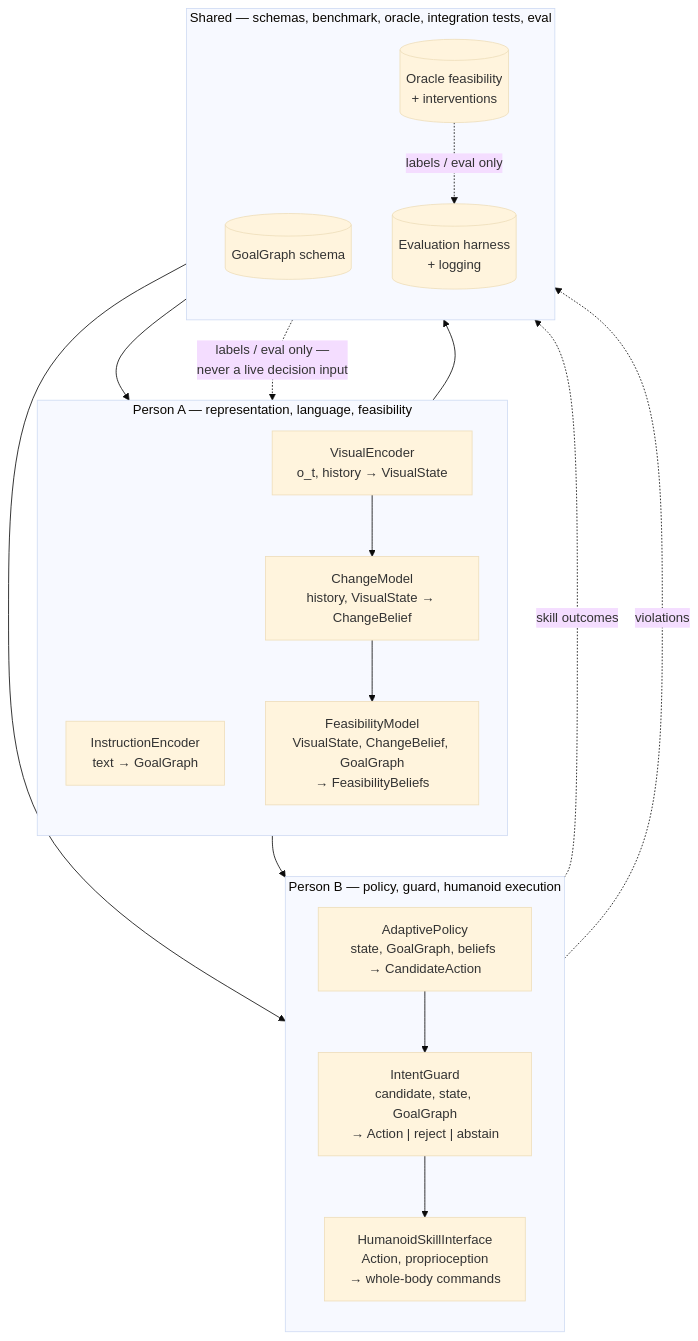
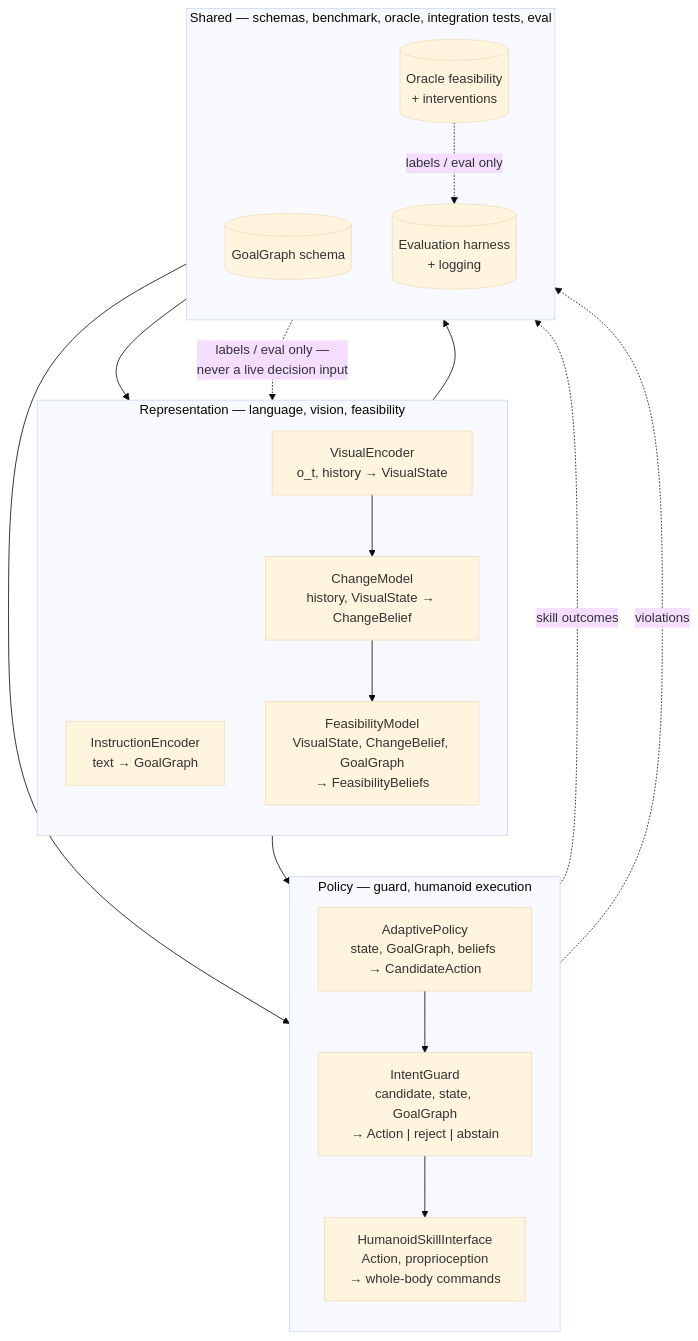
Before and after one commit to gaudelbijay/adaptive-task-recovery: the diagram in docs/03-system-architecture.md, drawn with Mermaid (base theme). The commit also changed other lines of this file and 7 other files, not shown here.

````diff
--- a/docs/03-system-architecture.md
+++ b/docs/03-system-architecture.md
@@ -45,35 +45,35 @@
 ```mermaid
 flowchart TB
-    subgraph A["Person A — representation, language, feasibility"]
+    subgraph A["Representation — language, vision, feasibility"]
         direction TB
         IE["InstructionEncoder<br/>text → GoalGraph"]
         VE["VisualEncoder<br/>o_t, history → VisualState"]
         CM["ChangeModel<br/>history, VisualState → ChangeBelief"]
         FM["FeasibilityModel<br/>VisualState, ChangeBelief, GoalGraph<br/>→ FeasibilityBeliefs"]
         VE --> CM --> FM
     end
 
-    subgraph B["Person B — policy, guard, humanoid execution"]
+    subgraph B["Policy — guard, humanoid execution"]
         direction TB
         AP["AdaptivePolicy<br/>state, GoalGraph, beliefs → CandidateAction"]
         IG["IntentGuard<br/>candidate, state, GoalGraph<br/>→ Action | reject | abstain"]
         HSI["HumanoidSkillInterface<br/>Action, proprioception<br/>→ whole-body commands"]
         AP --> IG --> HSI
     end
 
     subgraph S["Shared — schemas, benchmark, oracle, integration tests, eval"]
         direction TB
         GG[("GoalGraph schema")]
         OF[("Oracle feasibility<br/>+ interventions")]
         EV[("Evaluation harness<br/>+ logging")]
     end
 
     IE --> GG
     GG --> FM
     GG --> AP
     FM --> AP
     OF -. "labels / eval only —<br/>never a live decision input" .-> FM
     OF -. "labels / eval only" .-> EV
     HSI -. "skill outcomes" .-> EV
     IG -. "violations" .-> EV
 ```
````
